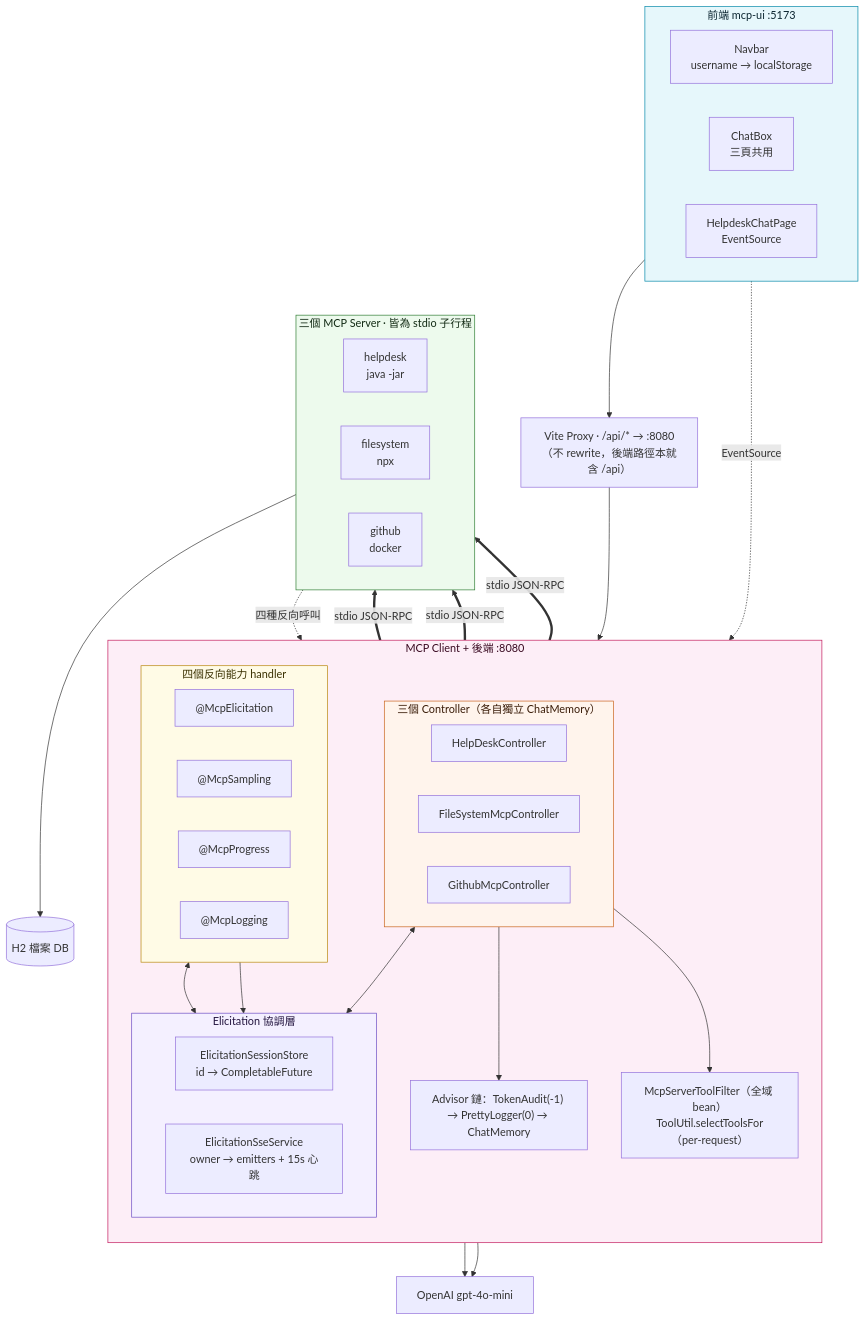
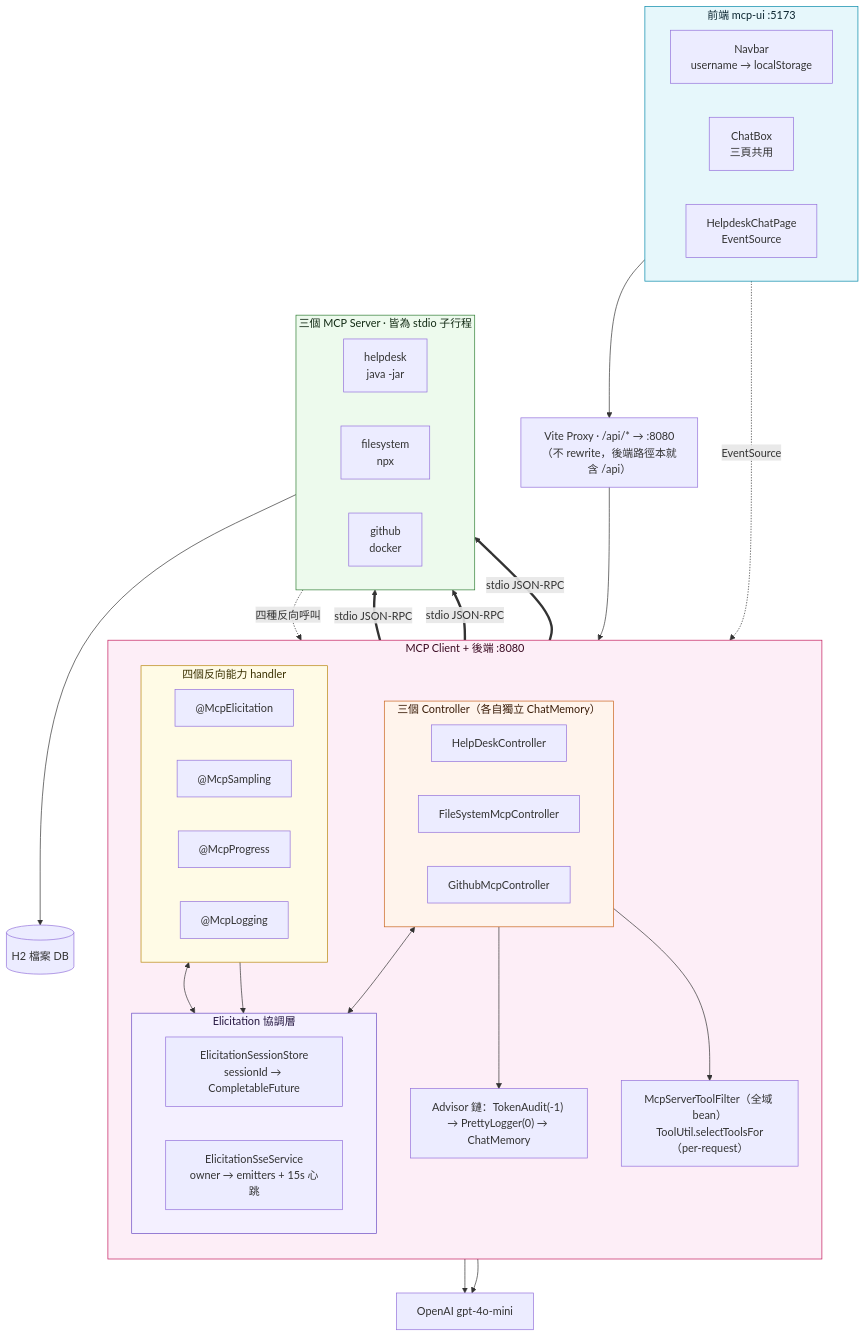
One commit to tonysk0210/springai-mcp-stdio changed the third of 3 diagrams in README.md. Above: the diagram before and after it, drawn with Mermaid. The commit also changed other lines of this file, not shown here.

````diff
--- a/README.md
+++ b/README.md
@@ -231,66 +231,66 @@
 ```mermaid
 flowchart TB
     subgraph FE["前端 mcp-ui :5173"]
         direction LR
         NAV["Navbar<br/>username → localStorage"]
         CB["ChatBox<br/>三頁共用"]
         HP["HelpdeskChatPage<br/>EventSource"]
     end
 
     PROXY["Vite Proxy · /api/* → :8080<br/>（不 rewrite，後端路徑本就含 /api）"]
 
     subgraph BE["MCP Client + 後端 :8080"]
         direction TB
         subgraph CTRL["三個 Controller（各自獨立 ChatMemory）"]
             direction LR
             C1["HelpDeskController"]
             C2["FileSystemMcpController"]
             C3["GithubMcpController"]
         end
         subgraph RH["四個反向能力 handler"]
             direction LR
             H1["@McpElicitation"]
             H2["@McpSampling"]
             H3["@McpProgress"]
             H4["@McpLogging"]
         end
         subgraph CO["Elicitation 協調層"]
             direction LR
-            SS["ElicitationSessionStore<br/>id → CompletableFuture"]
+            SS["ElicitationSessionStore<br/>sessionId → CompletableFuture"]
             SE["ElicitationSseService<br/>owner → emitters + 15s 心跳"]
         end
         ADV["Advisor 鏈：TokenAudit(-1) → PrettyLogger(0) → ChatMemory"]
         FILT["McpServerToolFilter（全域 bean）<br/>ToolUtil.selectToolsFor（per-request）"]
     end
 
     subgraph SRV["三個 MCP Server · 皆為 stdio 子行程"]
         direction LR
         S1["helpdesk<br/>java -jar"]
         S2["filesystem<br/>npx"]
         S3["github<br/>docker"]
     end
 
     DB[("H2 檔案 DB")]
     OAI["OpenAI gpt-4o-mini"]
 
     FE --> PROXY --> CTRL
     HP -.EventSource.-> SE
     CTRL --> ADV --> OAI
     CTRL --> FILT
     C1 ==>|stdio JSON-RPC| S1
     C2 ==>|stdio JSON-RPC| S2
     C3 ==>|stdio JSON-RPC| S3
     S1 -.四種反向呼叫.-> RH
     S1 --> DB
     H1 <--> SS
     H1 --> SE
     H2 --> OAI
     C1 <--> SS
 
     style FE fill:#e6f7fb,stroke:#0288a8,color:#0b2530
     style BE fill:#fdeef7,stroke:#c2185b,color:#3a0b22
     style SRV fill:#edfaed,stroke:#2e7d32,color:#122a14
     style RH fill:#fffbe6,stroke:#b8860b,color:#3a3000
     style CO fill:#f4f0ff,stroke:#6a4bc4,color:#241640
     style CTRL fill:#fff4ec,stroke:#c9631b,color:#3a1c08
 ```
````
